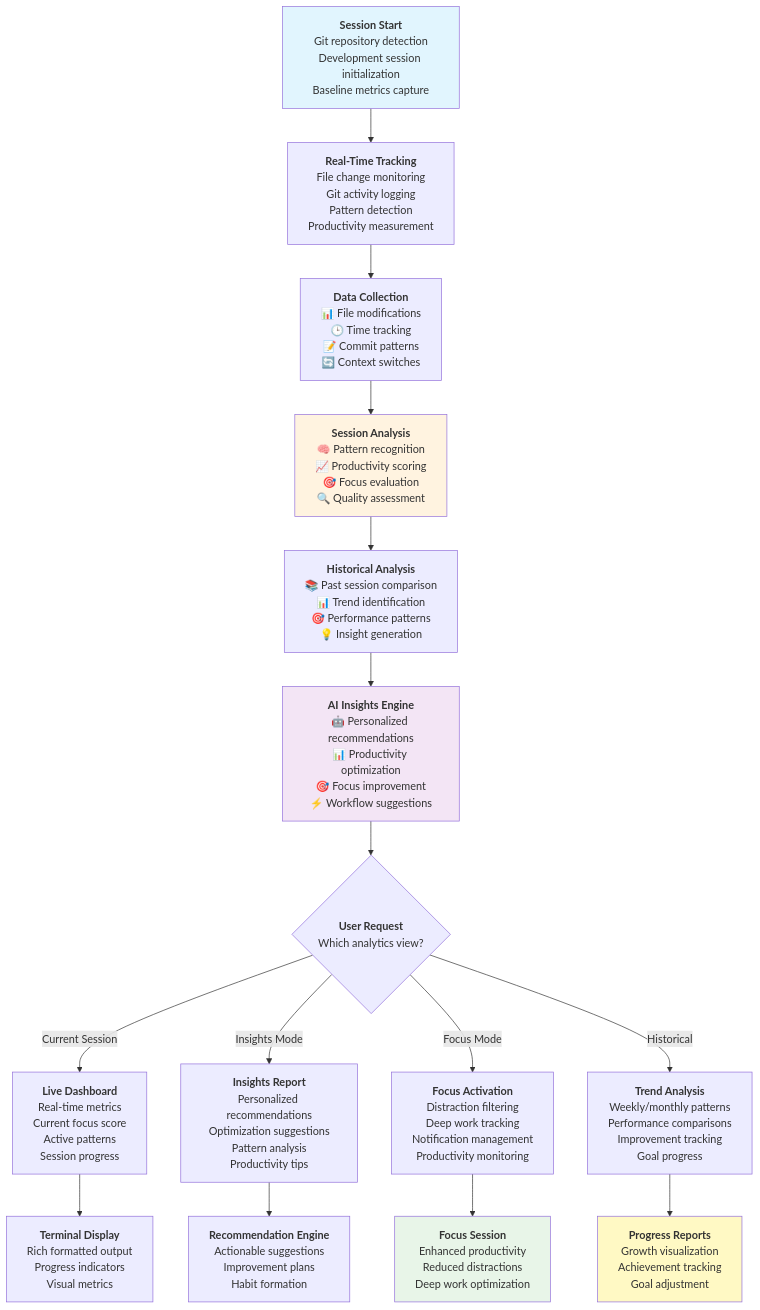
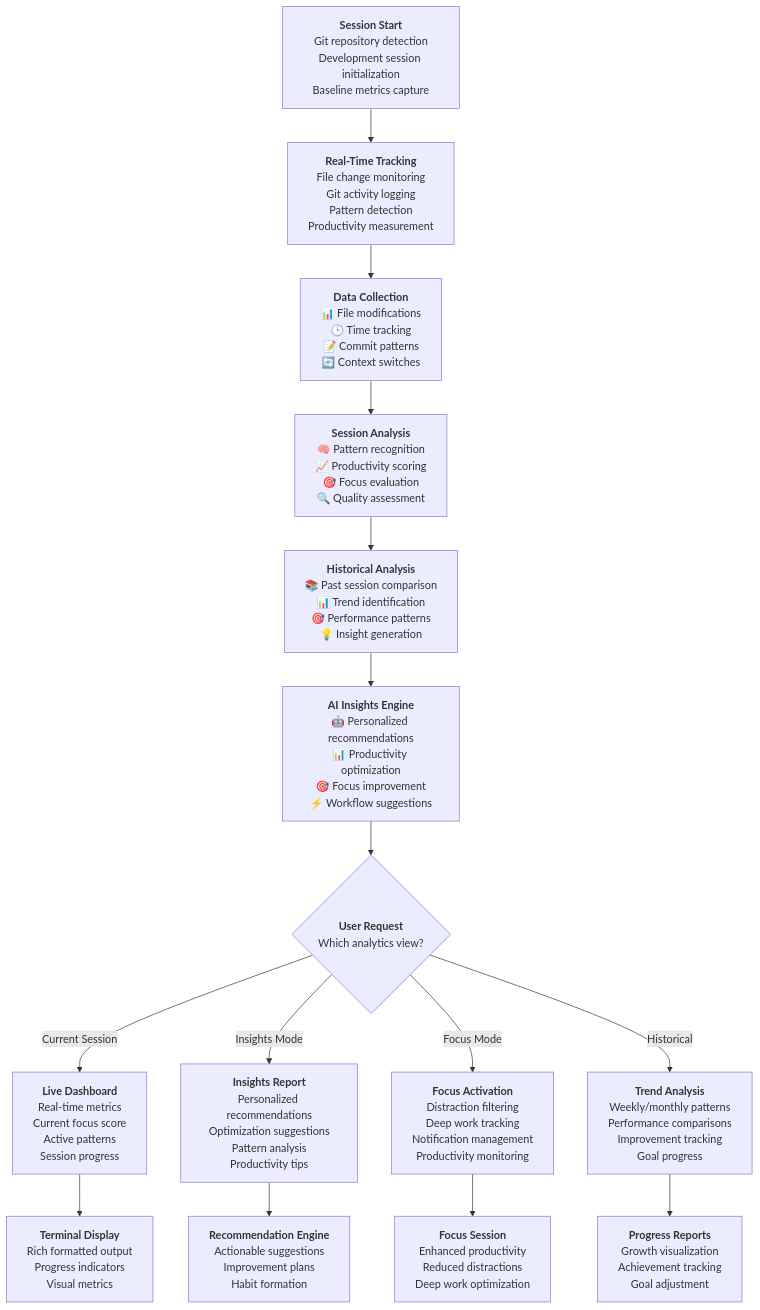
The first of 9 diagrams in docs/diagrams/mastro-analytics-flow.md (geogoesbeepboop/mastro), drawn with Mermaid before and after one commit. The commit also changed other lines of this file and 5 other files, not shown here.

First line of the commit message:
docs: update analytics and flow diagrams for clarity

````diff
--- a/docs/diagrams/mastro-analytics-flow.md
+++ b/docs/diagrams/mastro-analytics-flow.md
@@ -7,4 +7,5 @@
 ```mermaid
+
 graph TD
     A["`**Session Start**
     Git repository detection
@@ -86,9 +87,10 @@
     Achievement tracking
     Goal adjustment`"]
 
-    style A fill:#e1f5fe
-    style D fill:#fff3e0
-    style F fill:#f3e5f5
-    style N fill:#e8f5e8
-    style O fill:#fff9c4
+    style A fill:#e1f5fe color:#000000
+    style D fill:#fff3e0 color:#000000
+    style F fill:#f3e5f5 color:#000000
+    style N fill:#e8f5e8 color:#000000
+    style O fill:#fff9c4 color:#000000
+
 ```
````
